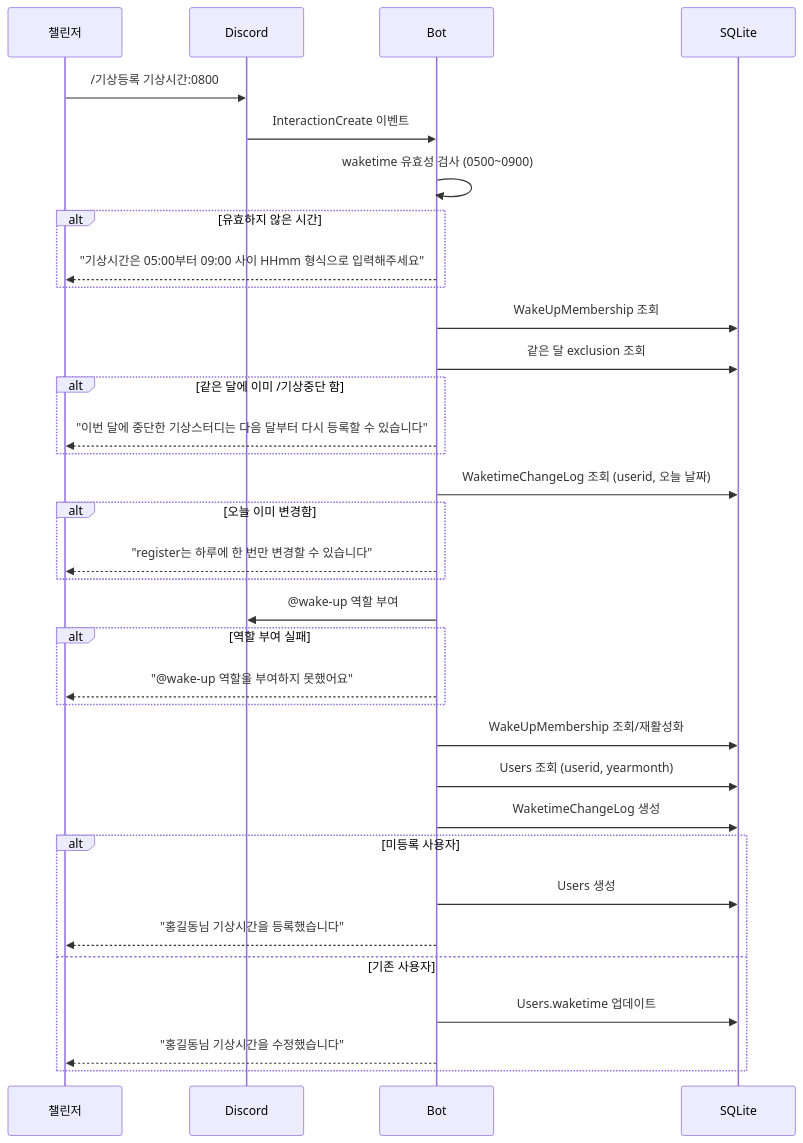
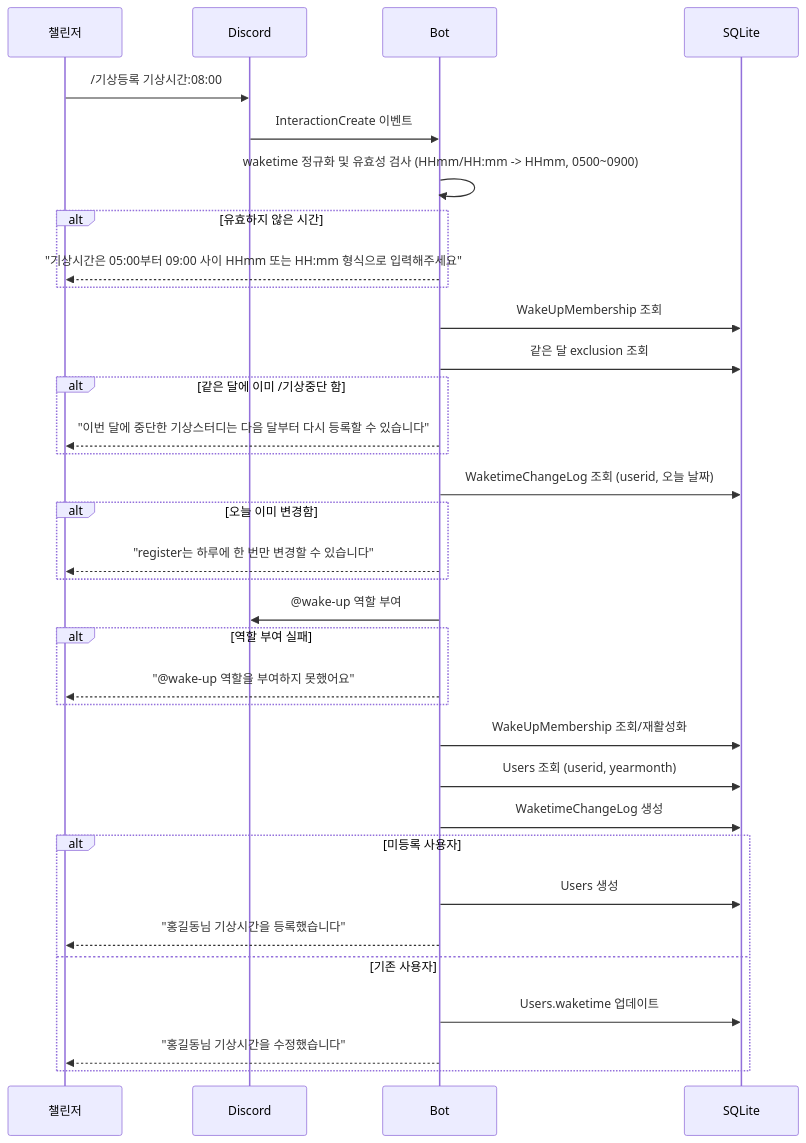
Diagram 18 of 20 in docs/USER_STORIES.md (honki12345/haruharu-discord-bot), drawn with Mermaid before and after one commit. The commit also changed other lines of this file and 8 other files, not shown here.

````diff
--- a/docs/USER_STORIES.md
+++ b/docs/USER_STORIES.md
@@ -804,43 +804,43 @@
 ```mermaid
 sequenceDiagram
     participant U as 챌린저
     participant D as Discord
     participant B as Bot
     participant DB as SQLite
 
-    U->>D: /기상등록 기상시간:0800
+    U->>D: /기상등록 기상시간:08:00
     D->>B: InteractionCreate 이벤트
 
-    B->>B: waketime 유효성 검사 (0500~0900)
+    B->>B: waketime 정규화 및 유효성 검사 (HHmm/HH:mm -> HHmm, 0500~0900)
     alt 유효하지 않은 시간
-        B-->>U: "기상시간은 05:00부터 09:00 사이 HHmm 형식으로 입력해주세요"
+        B-->>U: "기상시간은 05:00부터 09:00 사이 HHmm 또는 HH:mm 형식으로 입력해주세요"
     end
 
     B->>DB: WakeUpMembership 조회
     B->>DB: 같은 달 exclusion 조회
     alt 같은 달에 이미 /기상중단 함
         B-->>U: "이번 달에 중단한 기상스터디는 다음 달부터 다시 등록할 수 있습니다"
     end
 
     B->>DB: WaketimeChangeLog 조회 (userid, 오늘 날짜)
     alt 오늘 이미 변경함
         B-->>U: "register는 하루에 한 번만 변경할 수 있습니다"
     end
 
     B->>D: @wake-up 역할 부여
     alt 역할 부여 실패
         B-->>U: "@wake-up 역할을 부여하지 못했어요"
     end
 
     B->>DB: WakeUpMembership 조회/재활성화
     B->>DB: Users 조회 (userid, yearmonth)
 
     B->>DB: WaketimeChangeLog 생성
     alt 미등록 사용자
         B->>DB: Users 생성
         B-->>U: "홍길동님 기상시간을 등록했습니다"
     else 기존 사용자
         B->>DB: Users.waketime 업데이트
         B-->>U: "홍길동님 기상시간을 수정했습니다"
     end
 ```
````
